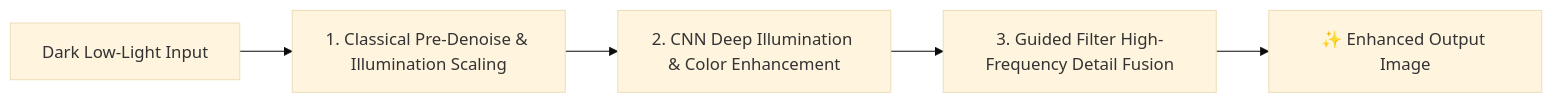
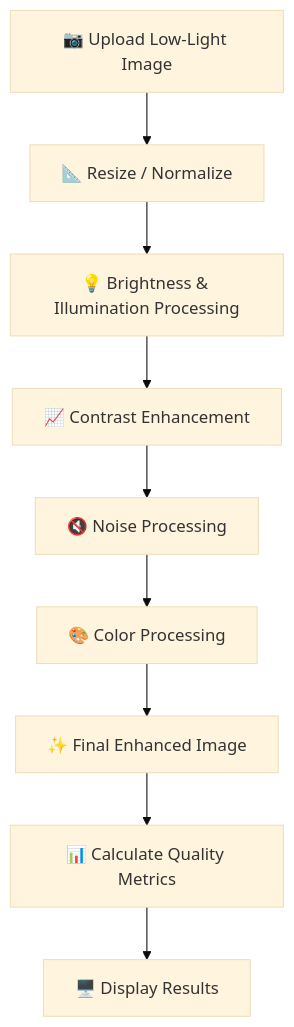
The second of 3 diagrams in README.md (rsshuvamsahu/-Low-light-image-preprocessing), drawn with Mermaid (base theme) before and after one commit. The commit also changed other lines of this file, not shown here.

````diff
--- a/README.md
+++ b/README.md
@@ -9,7 +97,13 @@
 ```mermaid
-flowchart LR
-    A[Dark Low-Light Input] --> B[1. Classical Pre-Denoise & Illumination Scaling]
-    B --> C[2. CNN Deep Illumination & Color Enhancement]
-    C --> D[3. Guided Filter High-Frequency Detail Fusion]
-    D --> E[✨ Enhanced Output Image]
+flowchart TD
+
+    A["📷 Upload Low-Light Image"]
+    A --> B["📐 Resize / Normalize"]
+    B --> C["💡 Brightness & Illumination Processing"]
+    C --> D["📈 Contrast Enhancement"]
+    D --> E["🔇 Noise Processing"]
+    E --> F["🎨 Color Processing"]
+    F --> G["✨ Final Enhanced Image"]
+    G --> H["📊 Calculate Quality Metrics"]
+    H --> I["🖥️ Display Results"]
 ```
````
